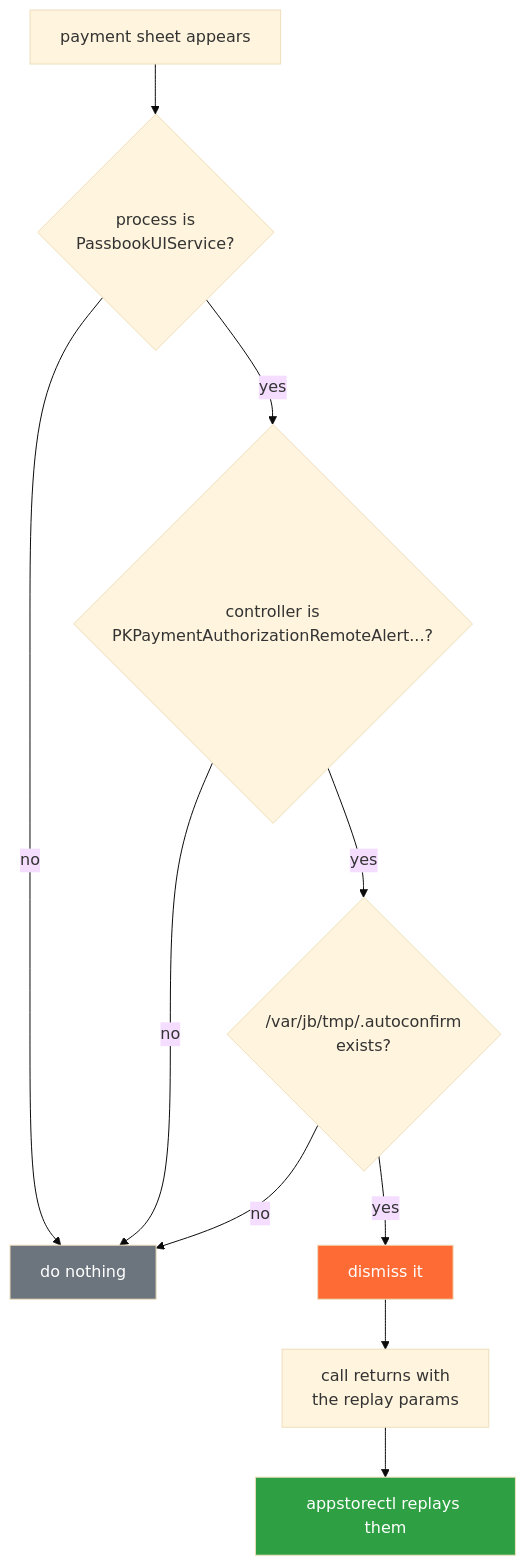
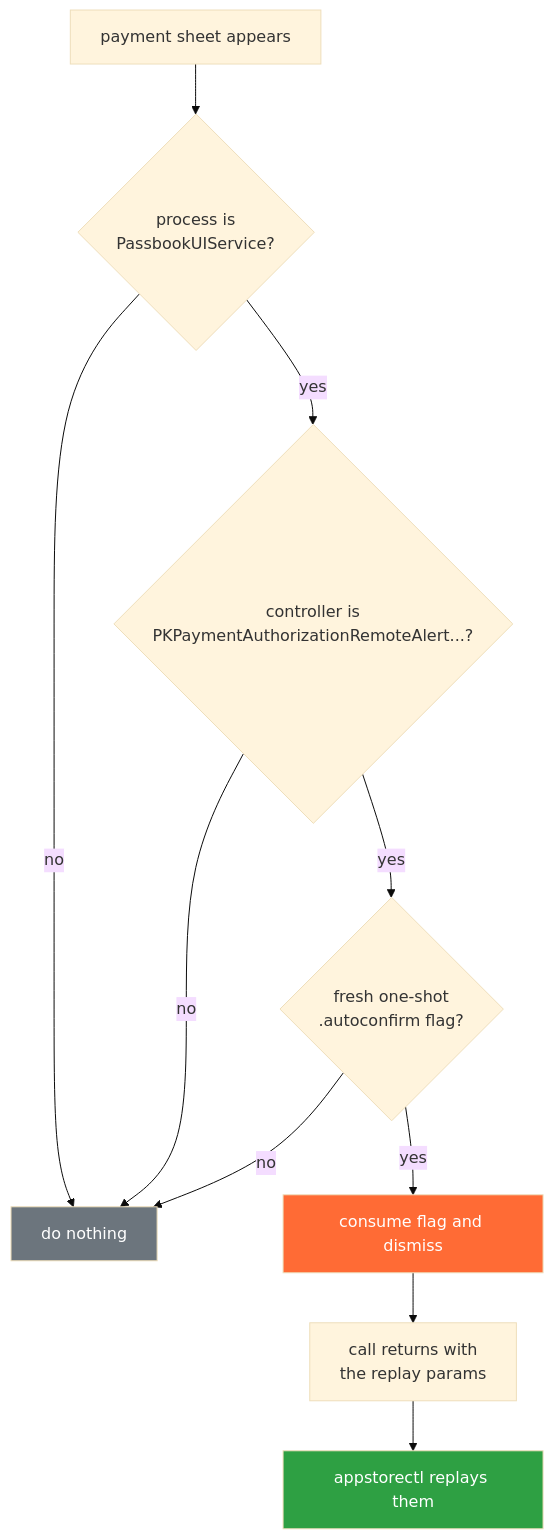
The fifth of 7 diagrams in docs/HOW-IT-WORKS.md (appknox/appstorectl), drawn with Mermaid (base theme) before and after one commit. The commit also changed other lines of this file and 38 other files, not shown here.

````diff
--- a/docs/HOW-IT-WORKS.md
+++ b/docs/HOW-IT-WORKS.md
@@ -277,16 +277,16 @@
 ```mermaid
 flowchart TD
     S["payment sheet appears"] --> C1{"process is<br/>PassbookUIService?"}
     C1 -->|no| X["do nothing"]
     C1 -->|yes| C2{"controller is<br/>PKPaymentAuthorizationRemoteAlert...?"}
     C2 -->|no| X
-    C2 -->|yes| C3{"/var/jb/tmp/.autoconfirm<br/>exists?"}
+    C2 -->|yes| C3{"fresh one-shot<br/>.autoconfirm flag?"}
     C3 -->|no| X
-    C3 -->|yes| D["dismiss it"]
+    C3 -->|yes| D["consume flag and dismiss"]
     D --> U["call returns with<br/>the replay params"]
     U --> R["appstorectl replays them"]
 
     style X fill:#6c757d,color:#fff
     style D fill:#FF6B35,color:#fff
     style R fill:#2EA043,color:#fff
 ```
````
